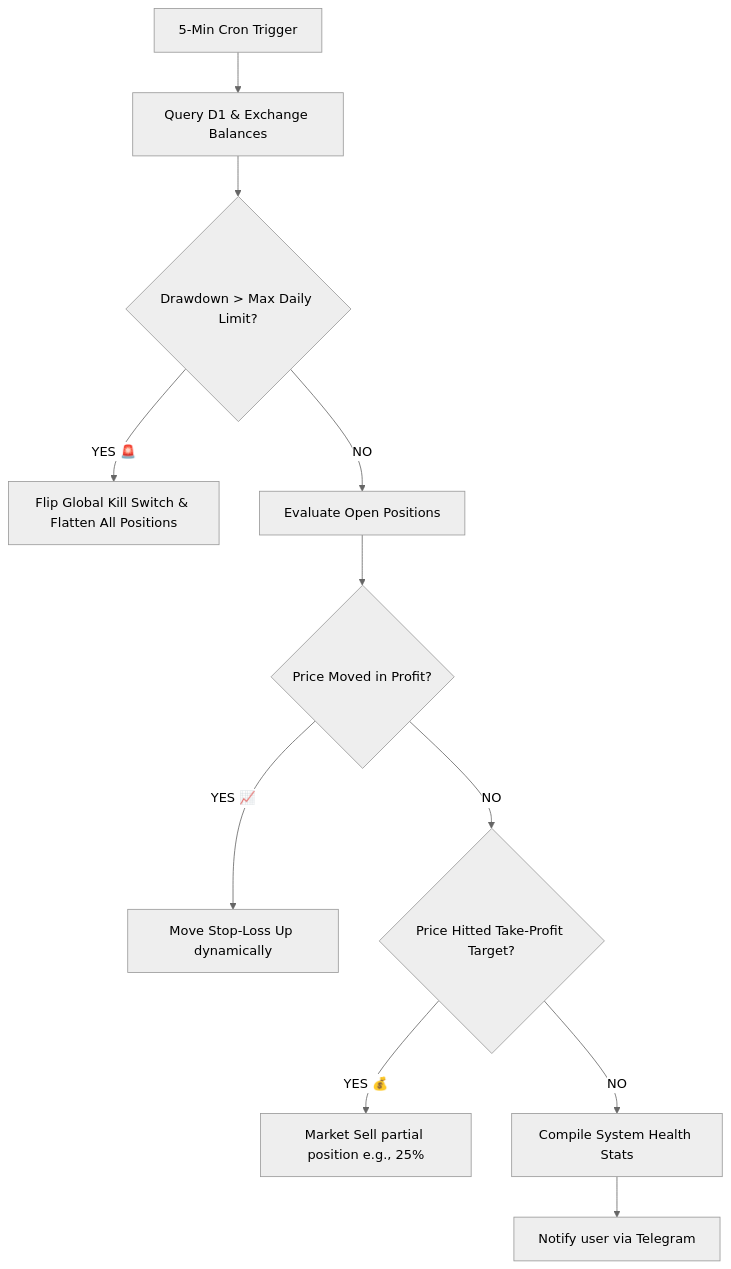
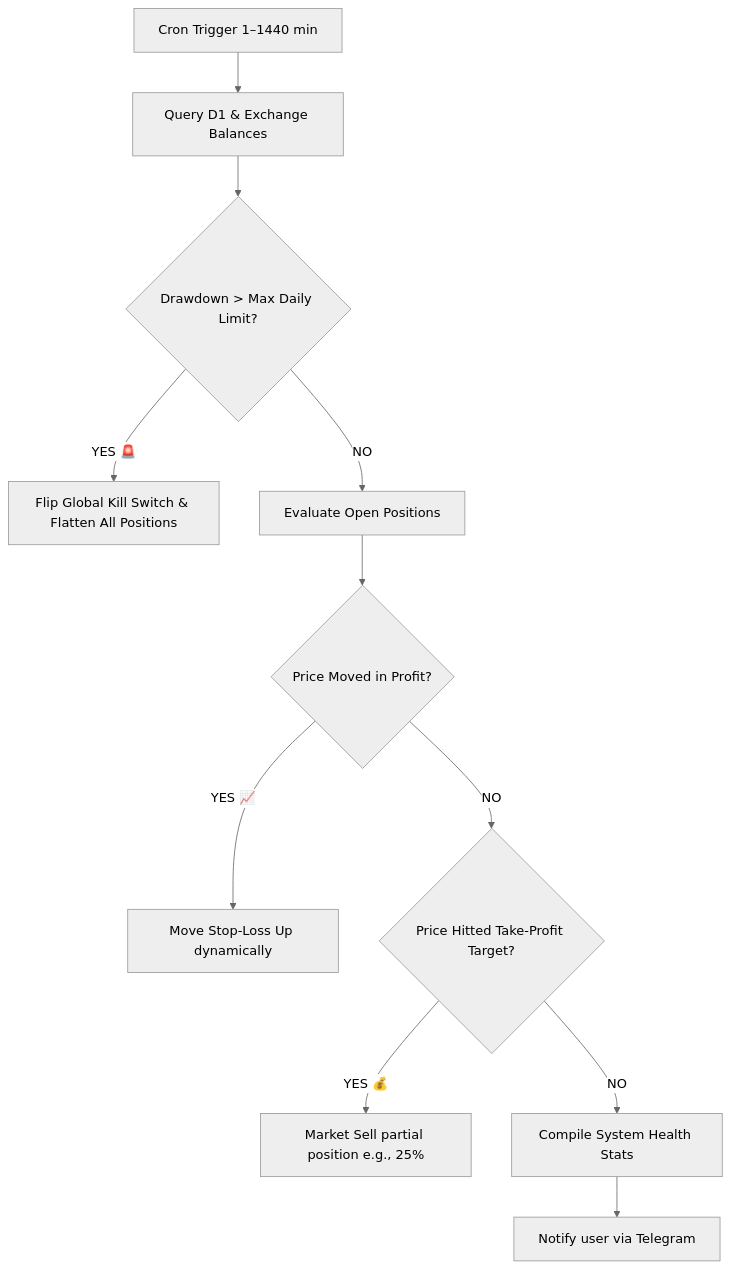
One commit to jango-blockchained/hoox changed the diagram in docs/enduser/concepts/ai-risk-manager.mdx. Above: the diagram before and after it, drawn with Mermaid (neutral theme). The commit also changed other lines of this file and 38 other files, not shown here.

First line of the commit message:
feat: configurable agent cron (1–1440 min) and setup secrets UX

````diff
--- a/docs/enduser/concepts/ai-risk-manager.mdx
+++ b/docs/enduser/concepts/ai-risk-manager.mdx
@@ -19,13 +19,13 @@
 ```mermaid
 graph TD
-    Cron[5-Min Cron Trigger] --> Query[Query D1 & Exchange Balances]
+    Cron[Cron Trigger 1–1440 min] --> Query[Query D1 & Exchange Balances]
     Query --> Drawdown{Drawdown > Max Daily Limit?}
     Drawdown -->|YES 🚨| Kill[Flip Global Kill Switch & Flatten All Positions]
     Drawdown -->|NO| Stops[Evaluate Open Positions]
     Stops --> Trailing{Price Moved in Profit?}
     Trailing -->|YES 📈| MoveStop[Move Stop-Loss Up dynamically]
     Trailing -->|NO| ScaleProfit{Price Hitted Take-Profit Target?}
     ScaleProfit -->|YES 💰| ScaleOut[Market Sell partial position e.g., 25%]
     ScaleProfit -->|NO| Summary[Compile System Health Stats]
     Summary --> Send[Notify user via Telegram]
 ```
````
